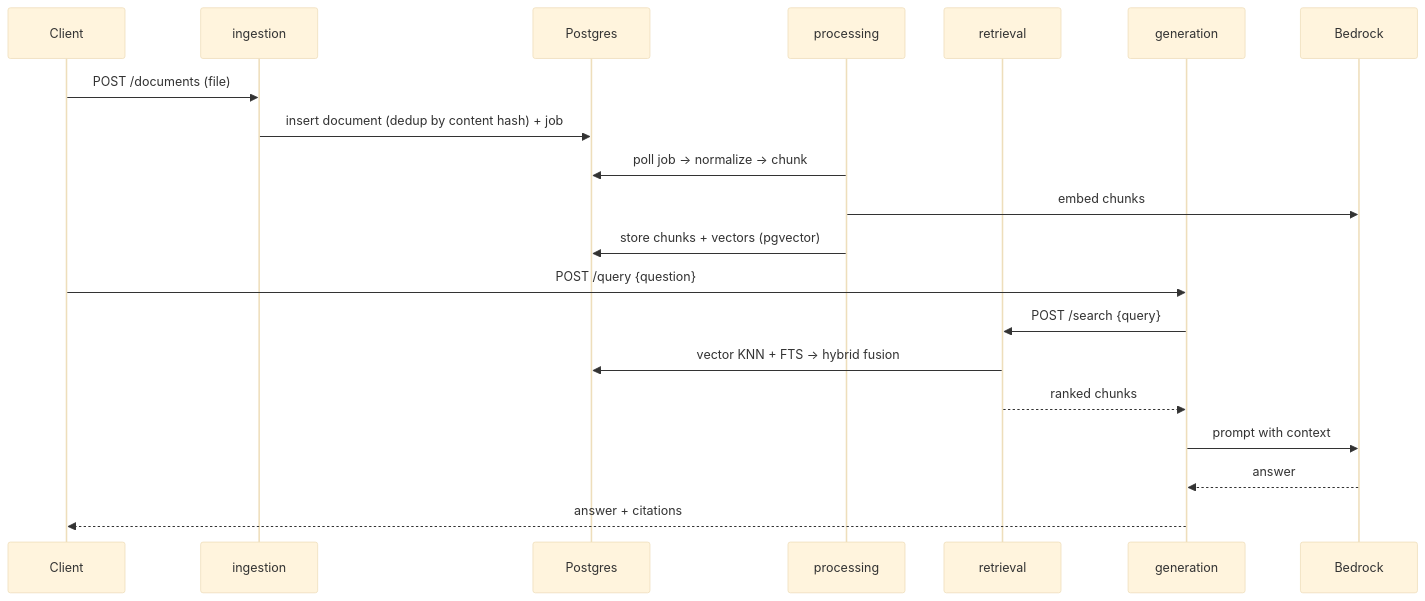
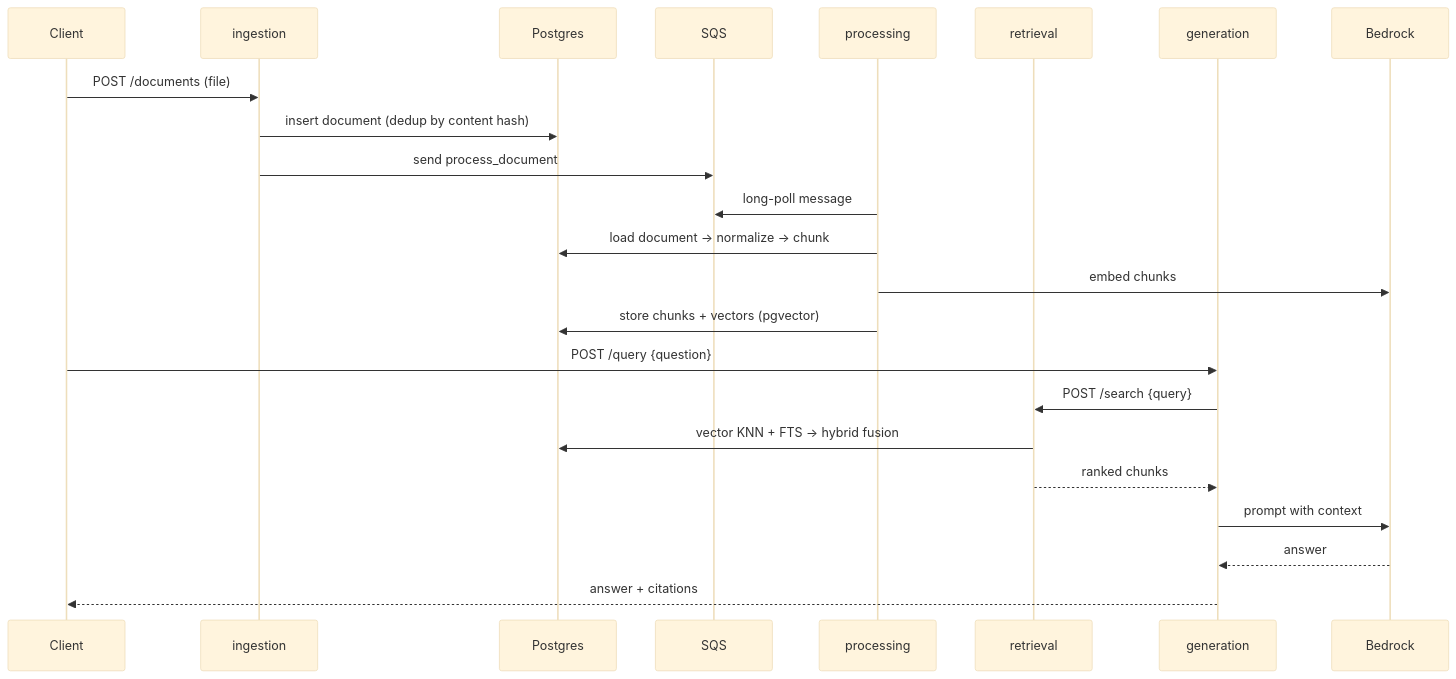
Before and after one commit to Magesh-Sundaravel/rag-platform: the second of 2 diagrams in docs/architecture/overview.md, drawn with Mermaid (base theme). The commit also changed other lines of this file and 32 other files, not shown here.

First line of the commit message:
feat(queue): replace Postgres job queue with AWS SQS (ADR-0009)

````diff
--- a/docs/architecture/overview.md
+++ b/docs/architecture/overview.md
@@ -35,23 +35,26 @@
 ```mermaid
 sequenceDiagram
     participant C as Client
     participant I as ingestion
     participant DB as Postgres
+    participant Q as SQS
     participant P as processing
     participant R as retrieval
     participant G as generation
     participant L as Bedrock
 
     C->>I: POST /documents (file)
-    I->>DB: insert document (dedup by content hash) + job
-    P->>DB: poll job → normalize → chunk
+    I->>DB: insert document (dedup by content hash)
+    I->>Q: send process_document
+    P->>Q: long-poll message
+    P->>DB: load document → normalize → chunk
     P->>L: embed chunks
     P->>DB: store chunks + vectors (pgvector)
     C->>G: POST /query {question}
     G->>R: POST /search {query}
     R->>DB: vector KNN + FTS → hybrid fusion
     R-->>G: ranked chunks
     G->>L: prompt with context
     L-->>G: answer
     G-->>C: answer + citations
 ```
````
